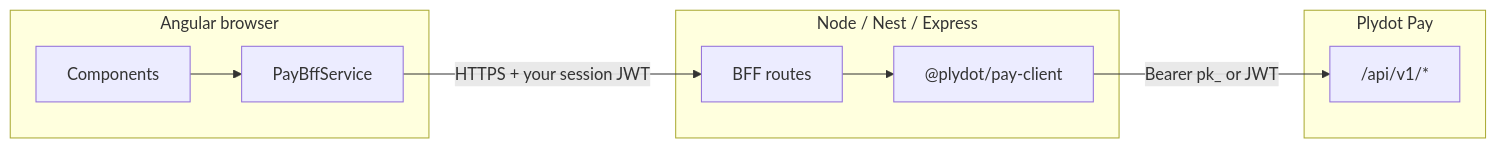
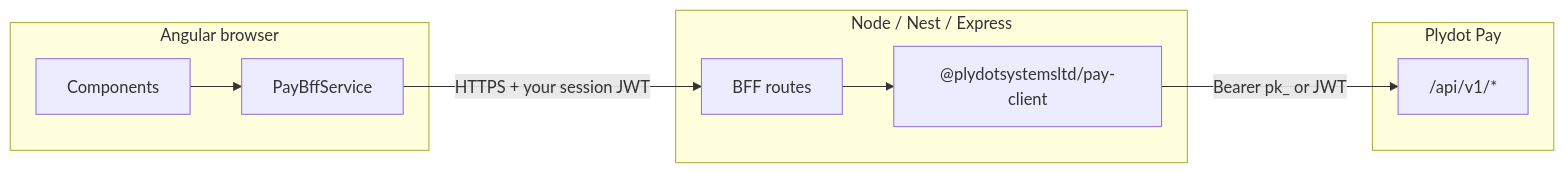
Before and after one commit to plydot/plydot-pay-client-js: the diagram in docs/INTEGRATION.md, drawn with Mermaid. The commit also changed other lines of this file and 6 other files, not shown here.

Commit message:
sync: update from plydot-pay monorepo

````diff
--- a/docs/INTEGRATION.md
+++ b/docs/INTEGRATION.md
@@ -186,18 +186,18 @@
 ```mermaid
 flowchart LR
   subgraph browser [Angular browser]
     UI[Components]
     PayService[PayBffService]
   end
   subgraph server [Node / Nest / Express]
     Routes[BFF routes]
-    SDK["@plydot/pay-client"]
+    SDK["@plydotsystemsltd/pay-client"]
   end
   subgraph pay [Plydot Pay]
     API["/api/v1/*"]
   end
   UI --> PayService
   PayService -->|"HTTPS + your session JWT"| Routes
   Routes --> SDK
   SDK -->|"Bearer pk_ or JWT"| API
 ```
````
